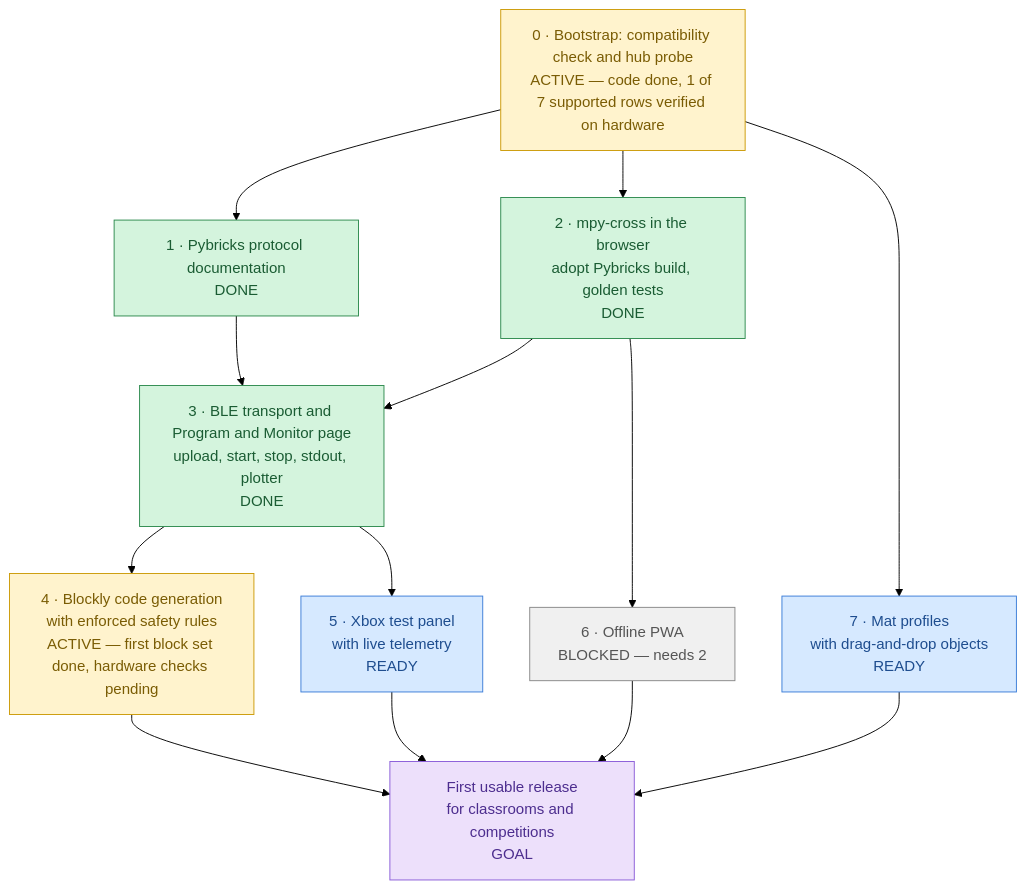
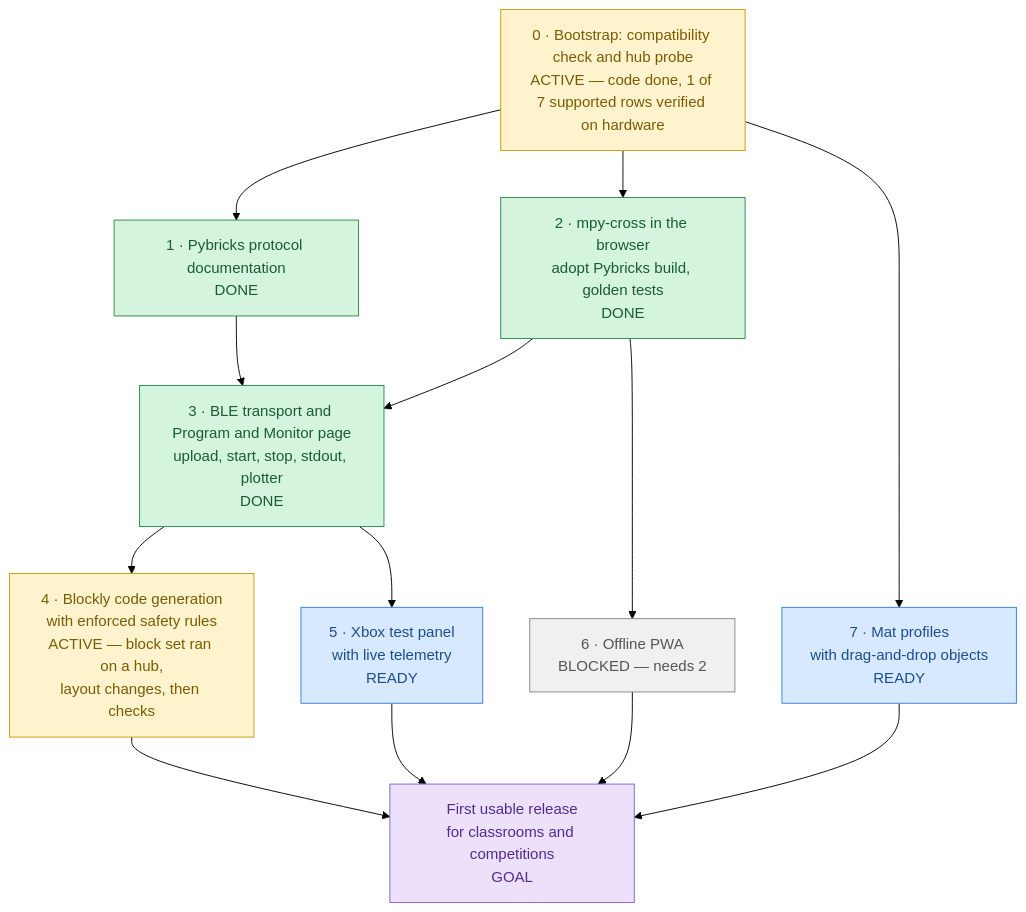
The diagram in docs/roadmap.md (lumduan/matpilot), drawn with Mermaid (forest theme) before and after one commit. The commit also changed other lines of this file and 1 other file, not shown here.

First line of the commit message:
docs: record the first Blocks run and the controller answer

````diff
--- a/docs/roadmap.md
+++ b/docs/roadmap.md
@@ -10,37 +10,37 @@
 ```mermaid
 flowchart TD
     M0["0 · Bootstrap: compatibility check and hub probe<br/>ACTIVE — code done, 1 of 7 supported rows verified on hardware"]
     M1["1 · Pybricks protocol documentation<br/>DONE"]
     M2["2 · mpy-cross in the browser<br/>adopt Pybricks build, golden tests<br/>DONE"]
     M3["3 · BLE transport and Program and Monitor page<br/>upload, start, stop, stdout, plotter<br/>DONE"]
-    M4["4 · Blockly code generation<br/>with enforced safety rules<br/>ACTIVE — first block set done, hardware checks pending"]
+    M4["4 · Blockly code generation<br/>with enforced safety rules<br/>ACTIVE — block set ran on a hub,<br/>layout changes, then checks"]
     M5["5 · Xbox test panel<br/>with live telemetry<br/>READY"]
     M6["6 · Offline PWA<br/>BLOCKED — needs 2"]
     M7["7 · Mat profiles<br/>with drag-and-drop objects<br/>READY"]
     GOAL["First usable release<br/>for classrooms and competitions<br/>GOAL"]
 
     M0 --> M1
     M0 --> M2
     M0 --> M7
     M1 --> M3
     M2 --> M3
     M3 --> M4
     M3 --> M5
     M2 --> M6
     M4 --> GOAL
     M5 --> GOAL
     M6 --> GOAL
     M7 --> GOAL
 
     classDef done     fill:#d4f4dd,stroke:#2d8a4e,color:#1a5c33
     classDef active   fill:#fff3cd,stroke:#cc9a06,color:#7a5c04
     classDef ready    fill:#d6e9ff,stroke:#3b7dd8,color:#1e4d8f
     classDef blocked  fill:#f0f0f0,stroke:#888,color:#555
     classDef goal     fill:#ede0fb,stroke:#8a5cd8,color:#4d2e8f
 
     class M0,M4 active
     class M1,M2,M3 done
     class M5,M7 ready
     class M6 blocked
     class GOAL goal
 ```
````
